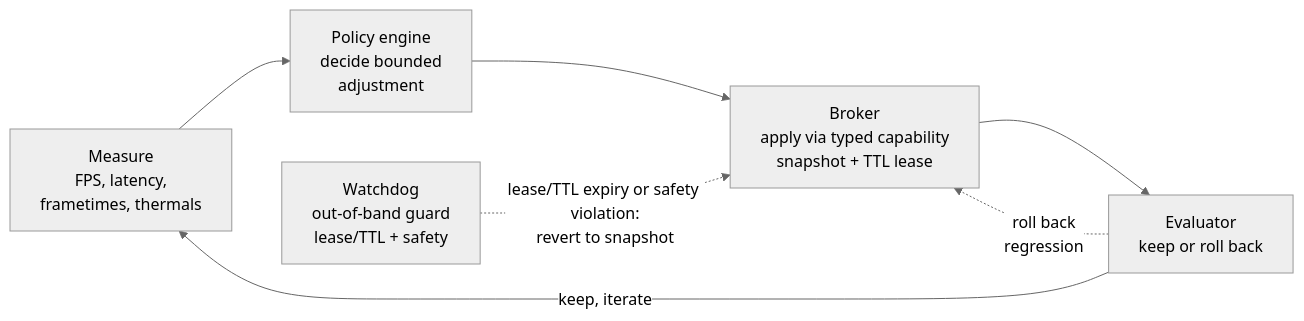
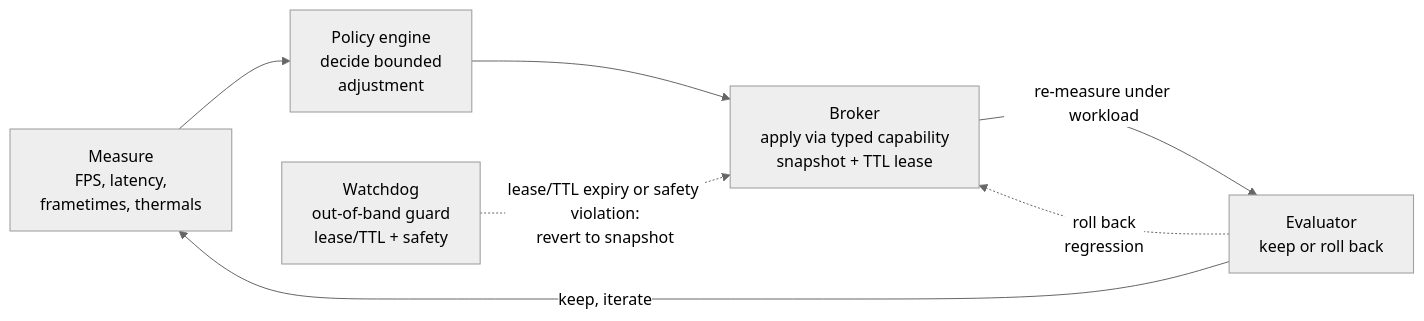
The diagram in README.md (undeemed/fpsmaxxing), drawn with Mermaid (neutral theme) before and after one commit. The commit also changed 2 other files, not shown here.

Commit message:
no-mistakes(document): sync architecture docs with README closed-loop section

````diff
--- a/README.md
+++ b/README.md
@@ -15,14 +15,14 @@
 ```mermaid
 flowchart LR
     M["Measure<br/>FPS, latency,<br/>frametimes, thermals"]
     P["Policy engine<br/>decide bounded<br/>adjustment"]
     B["Broker<br/>apply via typed capability<br/>snapshot + TTL lease"]
     E["Evaluator<br/>keep or roll back"]
     W["Watchdog<br/>out-of-band guard<br/>lease/TTL + safety"]
     M --> P
     P --> B
-    B --> E
+    B -->|re-measure under workload| E
     E -->|keep, iterate| M
     E -.->|roll back<br/>regression| B
     W -.->|lease/TTL expiry or safety violation:<br/>revert to snapshot| B
 ```
````
